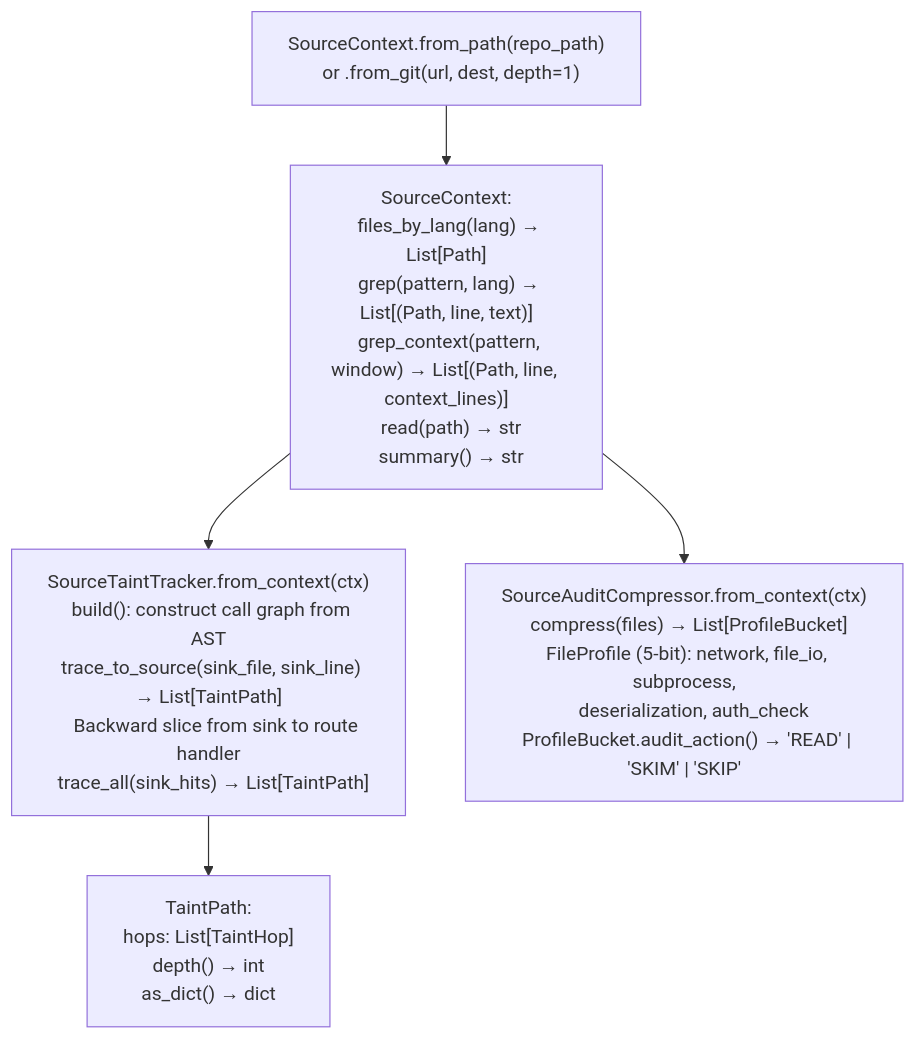
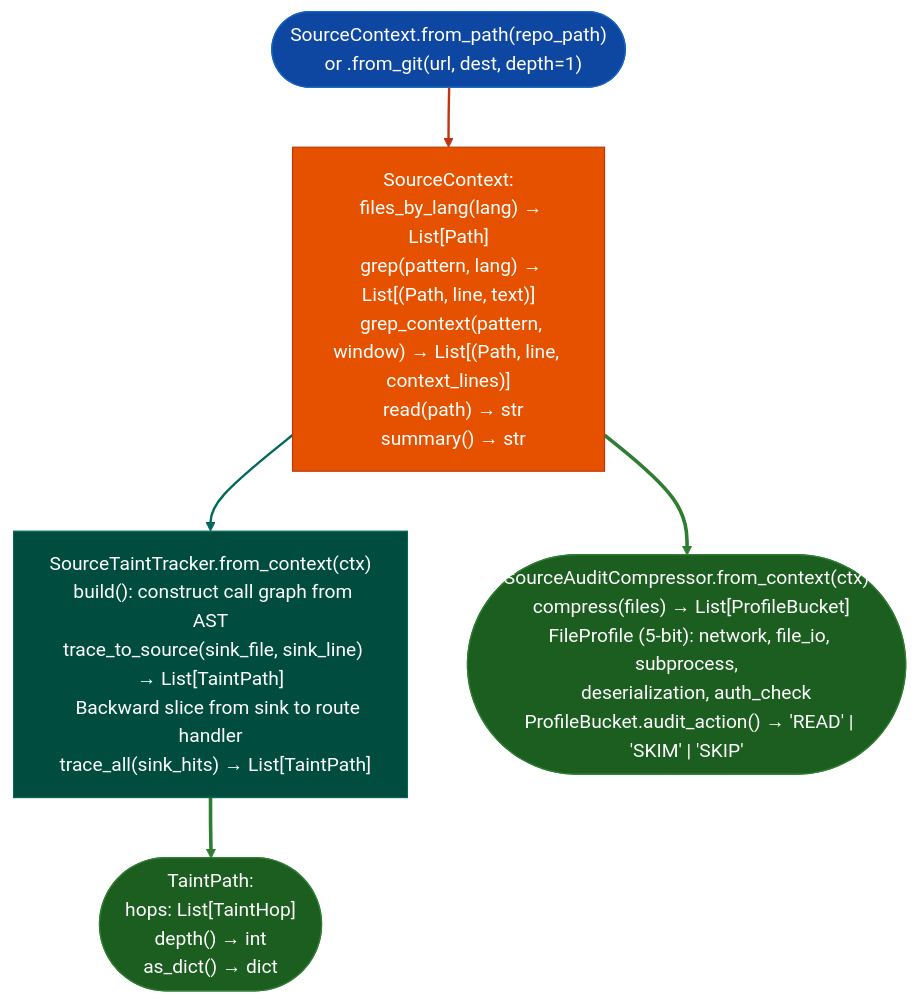
The diagram in docs/reference-modules/bare-integration.md (Ablation-Tool/ablation), drawn with Mermaid before and after one commit. The commit also changed 320 other files, not shown here.

First line of the commit message:
docs: apply canonical Mermaid template to all 321 diagrams

````diff
--- a/docs/reference-modules/bare-integration.md
+++ b/docs/reference-modules/bare-integration.md
@@ -19,7 +19,17 @@
 ```mermaid
 flowchart TD
-    A["SourceContext.from_path(repo_path)\n  or .from_git(url, dest, depth=1)"] --> B["SourceContext:\n  files_by_lang(lang) → List[Path]\n  grep(pattern, lang) → List[(Path, line, text)]\n  grep_context(pattern, window) → List[(Path, line, context_lines)]\n  read(path) → str\n  summary() → str"]
-    B --> C["SourceTaintTracker.from_context(ctx)\n  build(): construct call graph from AST\n  trace_to_source(sink_file, sink_line) → List[TaintPath]\n    Backward slice from sink to route handler\n  trace_all(sink_hits) → List[TaintPath]"]
-    C --> D["TaintPath:\n  hops: List[TaintHop]\n  depth() → int\n  as_dict() → dict"]
-    B --> E["SourceAuditCompressor.from_context(ctx)\n  compress(files) → List[ProfileBucket]\n  FileProfile (5-bit): network, file_io, subprocess,\n    deserialization, auth_check\n  ProfileBucket.audit_action() → 'READ' | 'SKIM' | 'SKIP'"]
+    A(["SourceContext.from_path(repo_path)\n  or .from_git(url, dest, depth=1)"]):::input --> B["SourceContext:\n  files_by_lang(lang) → List[Path]\n  grep(pattern, lang) → List[(Path, line, text)]\n  grep_context(pattern, window) → List[(Path, line, context_lines)]\n  read(path) → str\n  summary() → str"]:::primary
+    B:::primary --> C["SourceTaintTracker.from_context(ctx)\n  build(): construct call graph from AST\n  trace_to_source(sink_file, sink_line) → List[TaintPath]\n    Backward slice from sink to route handler\n  trace_all(sink_hits) → List[TaintPath]"]:::secondary
+    C:::secondary --> D(["TaintPath:\n  hops: List[TaintHop]\n  depth() → int\n  as_dict() → dict"]):::output
+    B:::primary --> E(["SourceAuditCompressor.from_context(ctx)\n  compress(files) → List[ProfileBucket]\n  FileProfile (5-bit): network, file_io, subprocess,\n    deserialization, auth_check\n  ProfileBucket.audit_action() → 'READ' | 'SKIM' | 'SKIP'"]):::output
+    classDef input     fill:#0d47a1,stroke:#1565c0,color:#fff
+    classDef primary   fill:#e65100,stroke:#bf360c,color:#fff
+    classDef secondary fill:#004d40,stroke:#00695c,color:#fff
+    classDef tertiary  fill:#4a148c,stroke:#6a1b9a,color:#fff
+    classDef neutral   fill:#37474f,stroke:#546e7a,color:#fff
+    classDef output    fill:#1b5e20,stroke:#2e7d32,color:#fff
+    linkStyle 0 stroke:#bf360c,stroke-width:2px
+    linkStyle 1 stroke:#00695c,stroke-width:2px
+    linkStyle 2 stroke:#2e7d32,stroke-width:3px
+    linkStyle 3 stroke:#2e7d32,stroke-width:3px
 ```
````
